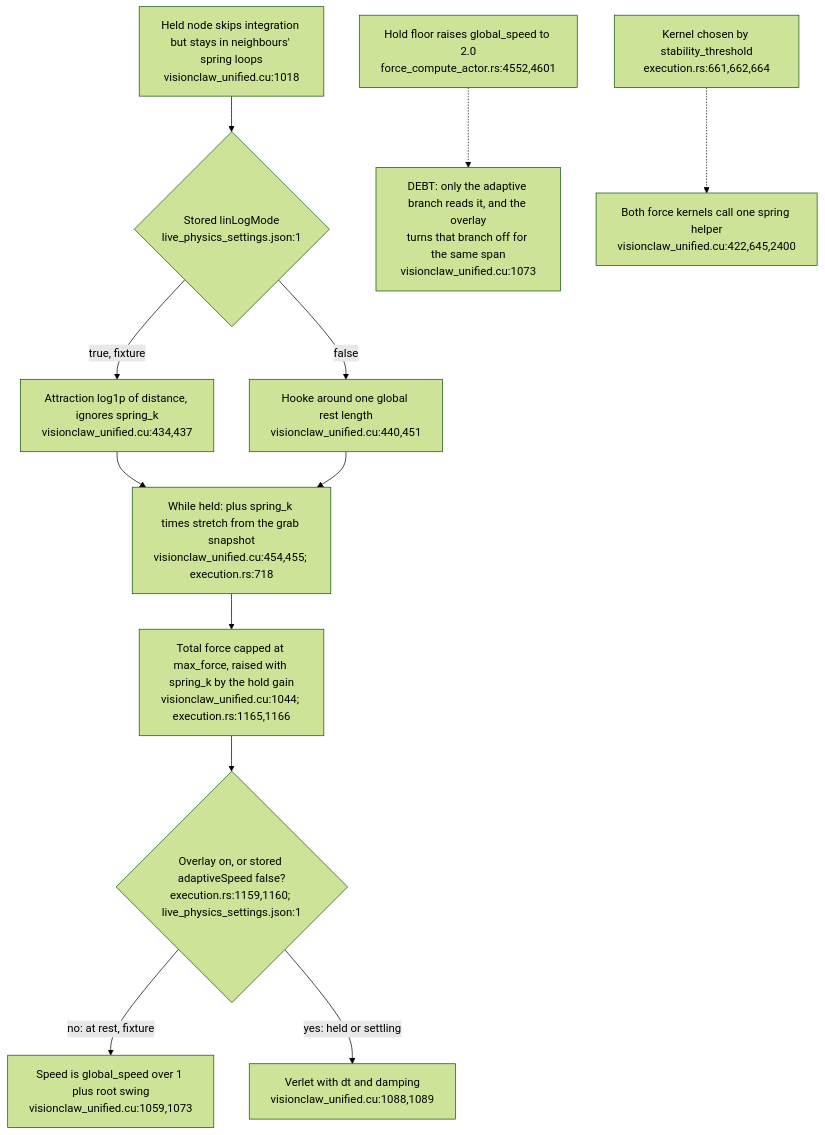
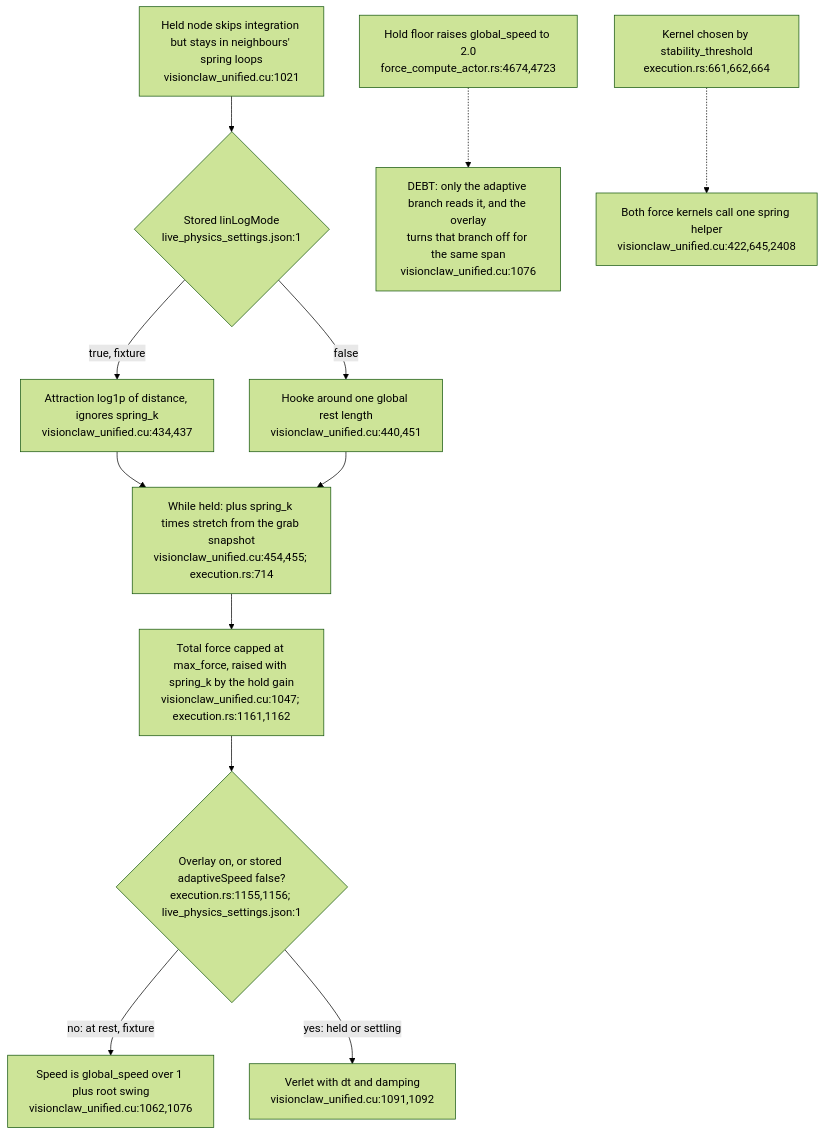
The fourth of 6 diagrams in docs/diagrams/visionclaw/54-layout-mode-step-cadence-and-settle.md (DreamLab-AI/VisionFlow), drawn with Mermaid (forest theme) before and after one commit. The commit also changed other lines of this file, not shown here.

First line of the commit message:
docs(diagrams): VC-54.6 layout modes resolve on the host; the kernel never reads layout_mode

````diff
--- a/docs/diagrams/visionclaw/54-layout-mode-step-cadence-and-settle.md
+++ b/docs/diagrams/visionclaw/54-layout-mode-step-cadence-and-settle.md
@@ -98,14 +100,14 @@
 ```mermaid
 flowchart TD
-    PIN["Held node skips integration but stays in neighbours' spring loops<br/>visionclaw_unified.cu:1018"] --> ATT{"Stored linLogMode<br/>live_physics_settings.json:1"}
+    PIN["Held node skips integration but stays in neighbours' spring loops<br/>visionclaw_unified.cu:1021"] --> ATT{"Stored linLogMode<br/>live_physics_settings.json:1"}
     ATT -->|true, fixture| LOG["Attraction log1p of distance, ignores spring_k<br/>visionclaw_unified.cu:434,437"]
     ATT -->|false| HOOKE["Hooke around one global rest length<br/>visionclaw_unified.cu:440,451"]
-    LOG --> OVL["While held: plus spring_k times stretch from the grab snapshot<br/>visionclaw_unified.cu:454,455; execution.rs:718"]
+    LOG --> OVL["While held: plus spring_k times stretch from the grab snapshot<br/>visionclaw_unified.cu:454,455; execution.rs:714"]
     HOOKE --> OVL
-    OVL --> CAP["Total force capped at max_force, raised with spring_k by the hold gain<br/>visionclaw_unified.cu:1044; execution.rs:1165,1166"]
-    CAP --> INT{"Overlay on, or stored adaptiveSpeed false?<br/>execution.rs:1159,1160; live_physics_settings.json:1"}
-    INT -->|no: at rest, fixture| AD["Speed is global_speed over 1 plus root swing<br/>visionclaw_unified.cu:1059,1073"]
-    INT -->|yes: held or settling| VER["Verlet with dt and damping<br/>visionclaw_unified.cu:1088,1089"]
-    FLOOR["Hold floor raises global_speed to 2.0<br/>force_compute_actor.rs:4552,4601"] -.-> GAP["DEBT: only the adaptive branch reads it, and the overlay<br/>turns that branch off for the same span<br/>visionclaw_unified.cu:1073"]
-    SEL["Kernel chosen by stability_threshold<br/>execution.rs:661,662,664"] -.-> ONE["Both force kernels call one spring helper<br/>visionclaw_unified.cu:422,645,2400"]
+    OVL --> CAP["Total force capped at max_force, raised with spring_k by the hold gain<br/>visionclaw_unified.cu:1047; execution.rs:1161,1162"]
+    CAP --> INT{"Overlay on, or stored adaptiveSpeed false?<br/>execution.rs:1155,1156; live_physics_settings.json:1"}
+    INT -->|no: at rest, fixture| AD["Speed is global_speed over 1 plus root swing<br/>visionclaw_unified.cu:1062,1076"]
+    INT -->|yes: held or settling| VER["Verlet with dt and damping<br/>visionclaw_unified.cu:1091,1092"]
+    FLOOR["Hold floor raises global_speed to 2.0<br/>force_compute_actor.rs:4674,4723"] -.-> GAP["DEBT: only the adaptive branch reads it, and the overlay<br/>turns that branch off for the same span<br/>visionclaw_unified.cu:1076"]
+    SEL["Kernel chosen by stability_threshold<br/>execution.rs:661,662,664"] -.-> ONE["Both force kernels call one spring helper<br/>visionclaw_unified.cu:422,645,2408"]
 ```
````
